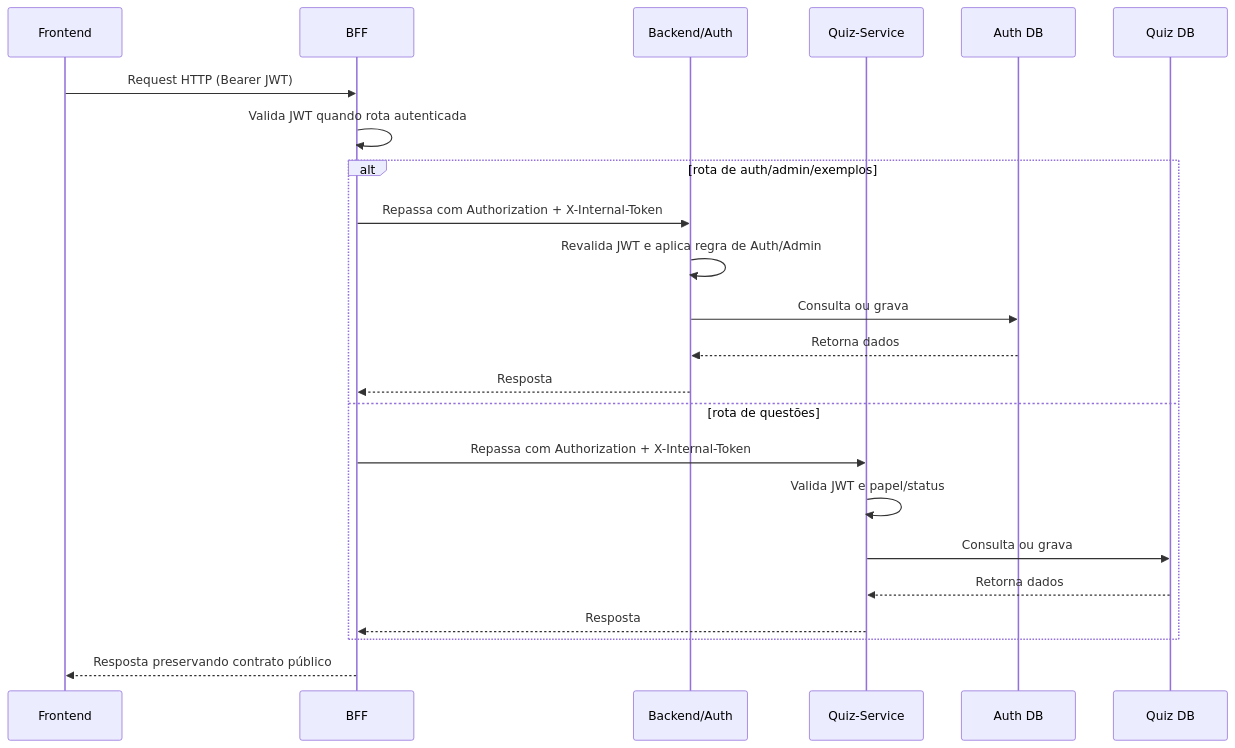
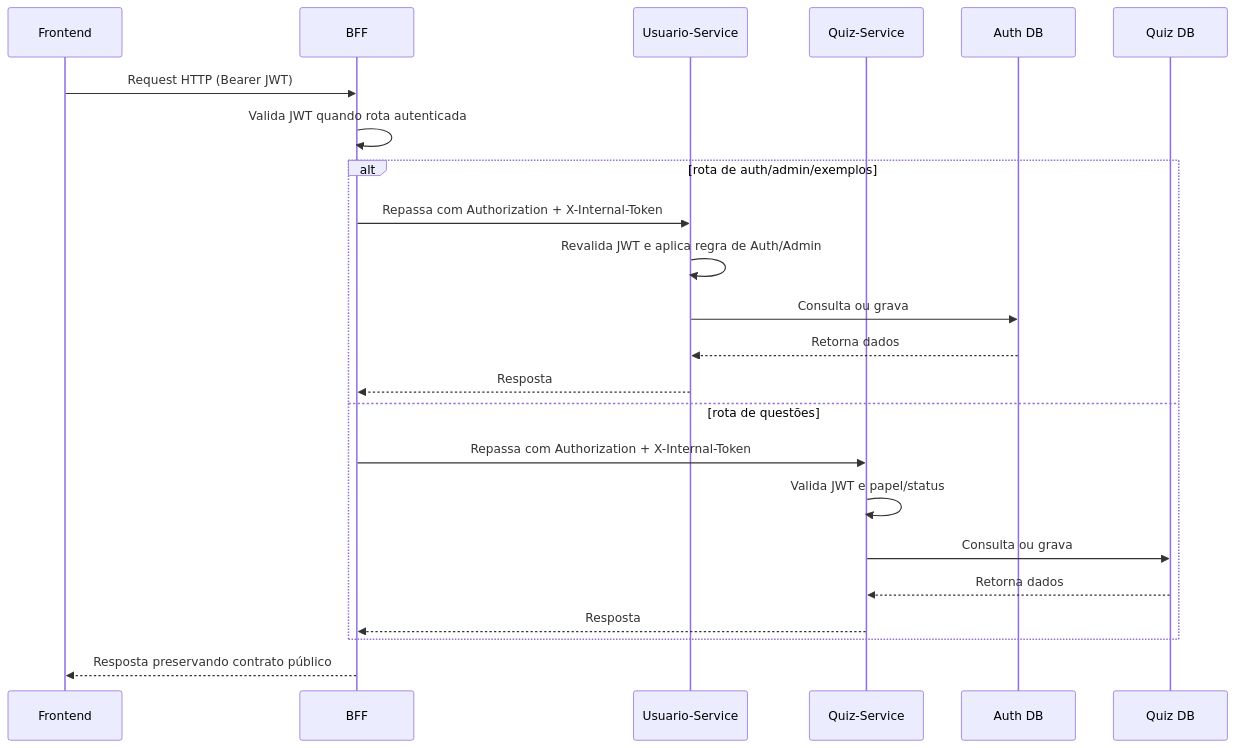
The diagram in docs/arquitetura/visoes/logica.md (fga-eps-mds/2026-1-AnatoQuizUp-Doc), drawn with Mermaid before and after one commit. The commit also changed other lines of this file and 14 other files, not shown here.

Commit message:
refactor: Muda todos os termos de backend para Usuario-Service de acordo com a arquitetura atual

````diff
--- a/docs/arquitetura/visoes/logica.md
+++ b/docs/arquitetura/visoes/logica.md
@@ -59,26 +60,26 @@
 ```mermaid
 sequenceDiagram
     participant F as Frontend
     participant B as BFF
-    participant A as Backend/Auth
+    participant A as Usuario-Service
     participant Q as Quiz-Service
     participant DBAuth as Auth DB
     participant DBQuiz as Quiz DB
 
     F->>B: Request HTTP (Bearer JWT)
     B->>B: Valida JWT quando rota autenticada
     alt rota de auth/admin/exemplos
         B->>A: Repassa com Authorization + X-Internal-Token
         A->>A: Revalida JWT e aplica regra de Auth/Admin
         A->>DBAuth: Consulta ou grava
         DBAuth-->>A: Retorna dados
         A-->>B: Resposta
     else rota de questões
         B->>Q: Repassa com Authorization + X-Internal-Token
         Q->>Q: Valida JWT e papel/status
         Q->>DBQuiz: Consulta ou grava
         DBQuiz-->>Q: Retorna dados
         Q-->>B: Resposta
     end
     B-->>F: Resposta preservando contrato público
 ```
````
